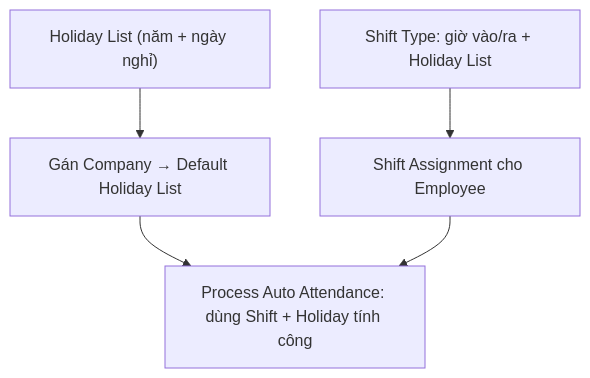
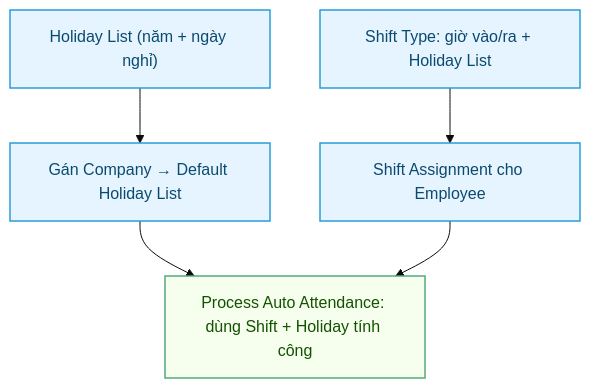
The diagram in users/HR-Holiday-Shift-Setup.md (CobeGroup/cobe_erp_documents), drawn with Mermaid before and after one commit. The commit also changed 5 other files, not shown here.

First line of the commit message:
docs: flowchart tô màu theo loại ô (process/decision/kết quả) + tăng cỡ chữ doc

````diff
--- a/users/HR-Holiday-Shift-Setup.md
+++ b/users/HR-Holiday-Shift-Setup.md
@@ -14,7 +14,14 @@
 ```mermaid
+%%{init: {'theme':'base','themeVariables':{'fontSize':'16px'},'flowchart':{'nodeSpacing':50,'rankSpacing':55}}}%%
 flowchart TD
+  classDef process fill:#e6f4ff,stroke:#299dd8,stroke-width:1.5px,color:#0b4a6f;
+  classDef good fill:#f6ffed,stroke:#54ab78,stroke-width:1.5px,color:#135200;
+
   A["Holiday List (năm + ngày nghỉ)"] --> B["Gán Company → Default Holiday List"]
   C["Shift Type: giờ vào/ra + Holiday List"] --> D["Shift Assignment cho Employee"]
   B --> E["Process Auto Attendance: dùng Shift + Holiday tính công"]
   D --> E
+
+  class A,B,C,D process
+  class E good
 ```
````
